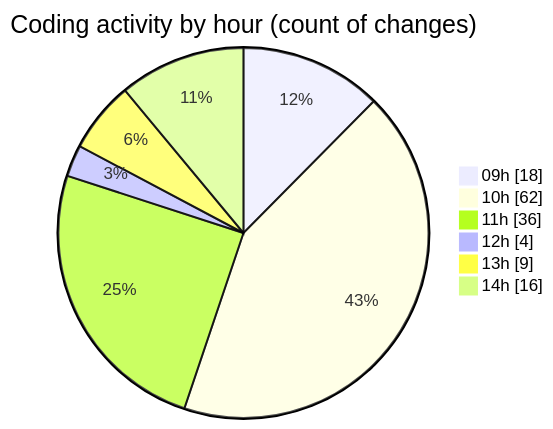
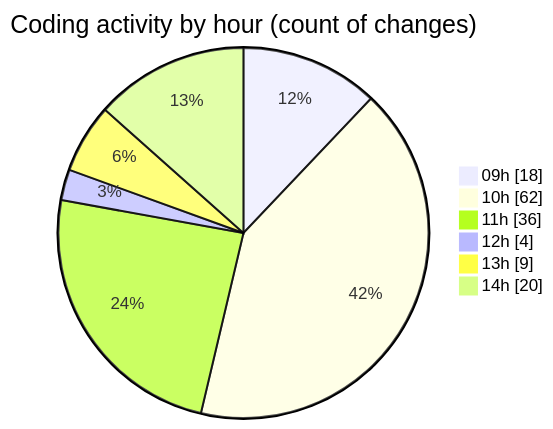
Before and after one commit to momahboobian/code-tracking: the second of 2 diagrams in 2025-07-01/cda/README.md, drawn with Mermaid. The commit also changed other lines of this file and 1 other file, not shown here.

````diff
--- a/2025-07-01/cda/README.md
+++ b/2025-07-01/cda/README.md
@@ -53,10 +53,10 @@
 ```mermaid
 pie showData
 title Coding activity by hour (count of changes)
 "09h" : 18
 "10h" : 62
 "11h" : 36
 "12h" : 4
 "13h" : 9
-"14h" : 16
+"14h" : 20
 ```
````
